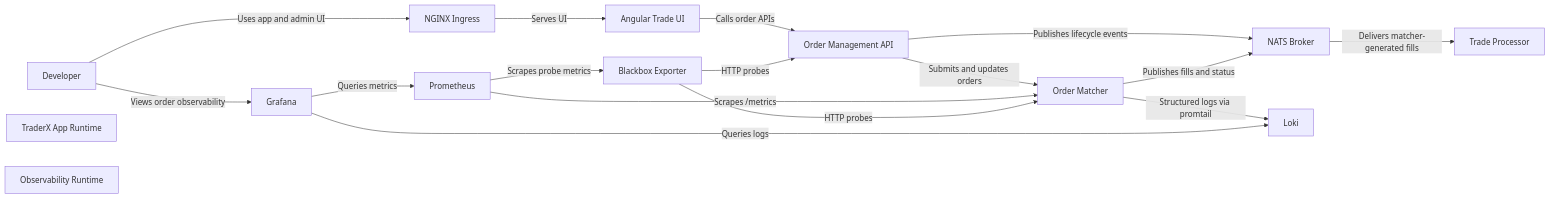
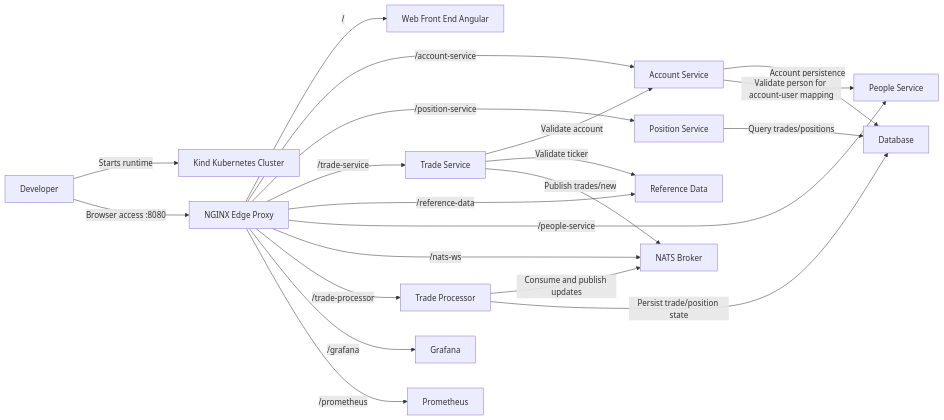
One commit to finos/traderX changed the diagram in docs/learning/software-architecture.md. Above: the diagram before and after it, drawn with Mermaid. The commit also changed other lines of this file and 138 other files, not shown here.

First line of the commit message:
snapshot: 010-kubernetes-runtime generated from 0313dc7bf828e4933b788834802bda10b8200bf5

````diff
--- a/docs/learning/software-architecture.md
+++ b/docs/learning/software-architecture.md
@@ -33,31 +47,37 @@
 ```mermaid
 flowchart LR
   developer["Developer"]
-  app_runtime["TraderX App Runtime"]
-  obs_runtime["Observability Runtime"]
-  ingress["NGINX Ingress"]
-  trade_ui["Angular Trade UI"]
-  order_api["Order Management API"]
-  order_matcher["Order Matcher"]
+  cluster["Kind Kubernetes Cluster"]
+  edge["NGINX Edge Proxy"]
+  web["Web Front End Angular"]
+  account["Account Service"]
+  position["Position Service"]
+  tradeService["Trade Service"]
+  referenceData["Reference Data"]
+  people["People Service"]
   nats["NATS Broker"]
-  trade_processor["Trade Processor"]
+  tradeProcessor["Trade Processor"]
+  database["Database"]
+  grafana["Grafana"]
   prometheus["Prometheus"]
-  blackbox["Blackbox Exporter"]
-  loki["Loki"]
-  grafana["Grafana"]
-  developer -->|"Uses app and admin UI"| ingress
-  ingress -->|"Serves UI"| trade_ui
-  trade_ui -->|"Calls order APIs"| order_api
-  order_api -->|"Submits and updates orders"| order_matcher
-  order_api -->|"Publishes lifecycle events"| nats
-  order_matcher -->|"Publishes fills and status"| nats
-  nats -->|"Delivers matcher-generated fills"| trade_processor
-  prometheus -->|"Scrapes /metrics"| order_matcher
-  prometheus -->|"Scrapes probe metrics"| blackbox
-  blackbox -->|"HTTP probes"| order_api
-  blackbox -->|"HTTP probes"| order_matcher
-  order_matcher -->|"Structured logs via promtail"| loki
-  developer -->|"Views order observability"| grafana
-  grafana -->|"Queries metrics"| prometheus
-  grafana -->|"Queries logs"| loki
+  developer -->|"Starts runtime"| cluster
+  developer -->|"Browser access :8080"| edge
+  edge -->|"/"| web
+  edge -->|"/account-service"| account
+  edge -->|"/position-service"| position
+  edge -->|"/trade-service"| tradeService
+  edge -->|"/reference-data"| referenceData
+  edge -->|"/people-service"| people
+  edge -->|"/nats-ws"| nats
+  edge -->|"/trade-processor"| tradeProcessor
+  edge -->|"/grafana"| grafana
+  edge -->|"/prometheus"| prometheus
+  tradeService -->|"Validate account"| account
+  tradeService -->|"Validate ticker"| referenceData
+  tradeService -->|"Publish trades/new"| nats
+  tradeProcessor -->|"Consume and publish updates"| nats
+  tradeProcessor -->|"Persist trade/position state"| database
+  account -->|"Account persistence"| database
+  position -->|"Query trades/positions"| database
+  account -->|"Validate person for account-user mapping"| people
 ```
````
